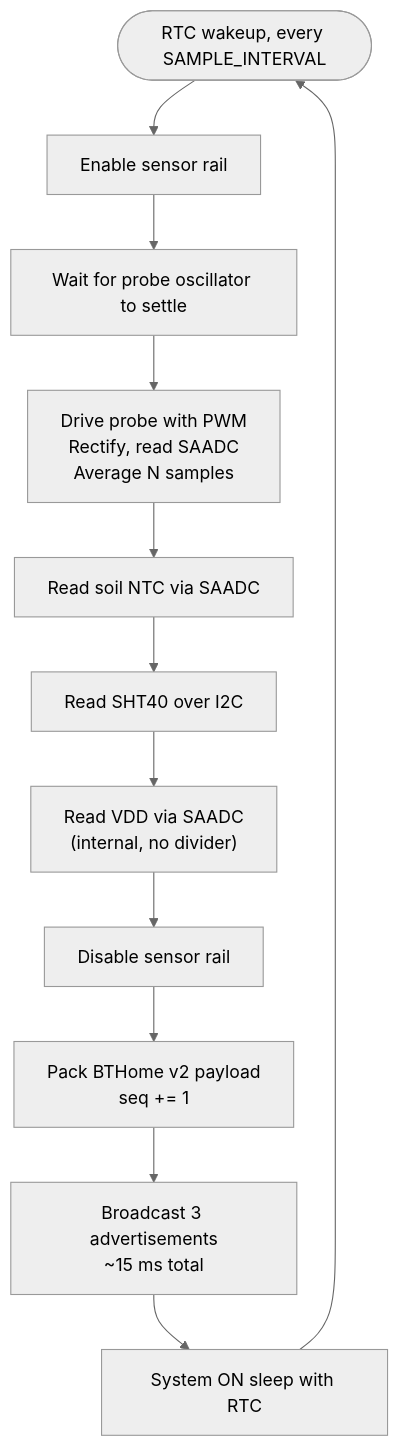
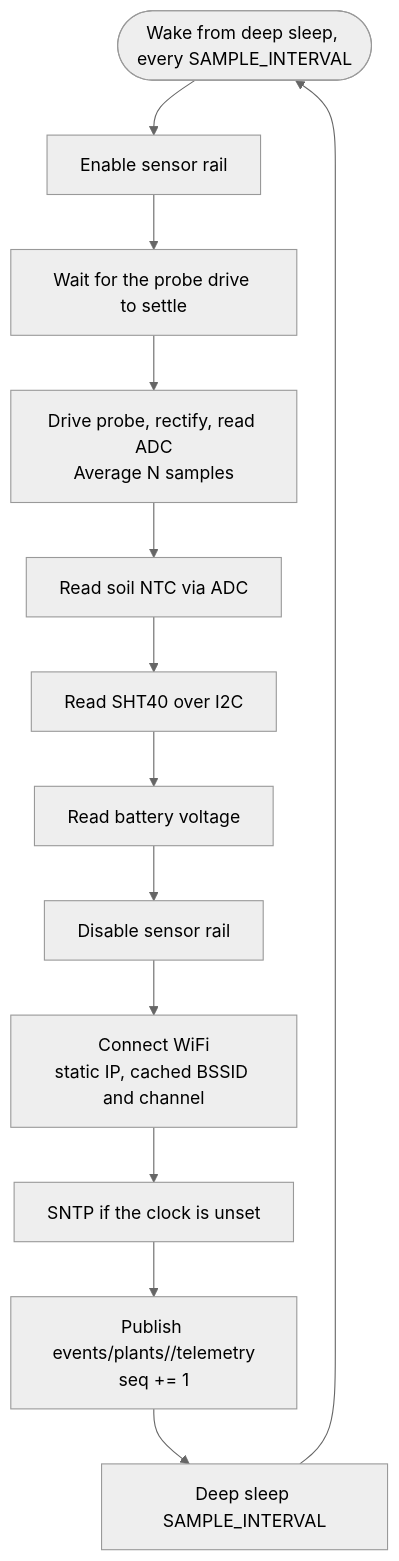
The second of 2 diagrams in docs/architecture.md (OscarCarPu/plants-watcher), drawn with Mermaid (neutral theme) before and after one commit. The commit also changed other lines of this file and 5 other files, not shown here.

````diff
--- a/docs/architecture.md
+++ b/docs/architecture.md
@@ -40,14 +47,15 @@
 ```mermaid
 flowchart TD
-    Wake([RTC wakeup, every SAMPLE_INTERVAL]) --> PwrOn[Enable sensor rail]
-    PwrOn --> Settle[Wait for probe oscillator to settle]
-    Settle --> Soil["Drive probe with PWM\nRectify, read SAADC\nAverage N samples"]
-    Soil --> NTC[Read soil NTC via SAADC]
+    Wake([Wake from deep sleep, every SAMPLE_INTERVAL]) --> PwrOn[Enable sensor rail]
+    PwrOn --> Settle[Wait for the probe drive to settle]
+    Settle --> Soil["Drive probe, rectify, read ADC\nAverage N samples"]
+    Soil --> NTC[Read soil NTC via ADC]
     NTC --> SHT[Read SHT40 over I2C]
-    SHT --> Vdd["Read VDD via SAADC\n(internal, no divider)"]
-    Vdd --> PwrOff[Disable sensor rail]
-    PwrOff --> Pack["Pack BTHome v2 payload\nseq += 1"]
-    Pack --> Adv["Broadcast 3 advertisements\n~15 ms total"]
-    Adv --> Sleep[System ON sleep with RTC]
+    SHT --> Vbat[Read battery voltage]
+    Vbat --> PwrOff[Disable sensor rail]
+    PwrOff --> WiFi["Connect WiFi\nstatic IP, cached BSSID and channel"]
+    WiFi --> Time[SNTP if the clock is unset]
+    Time --> Pub["Publish events/plants/<id>/telemetry\nseq += 1"]
+    Pub --> Sleep[Deep sleep SAMPLE_INTERVAL]
     Sleep --> Wake
 ```
````
